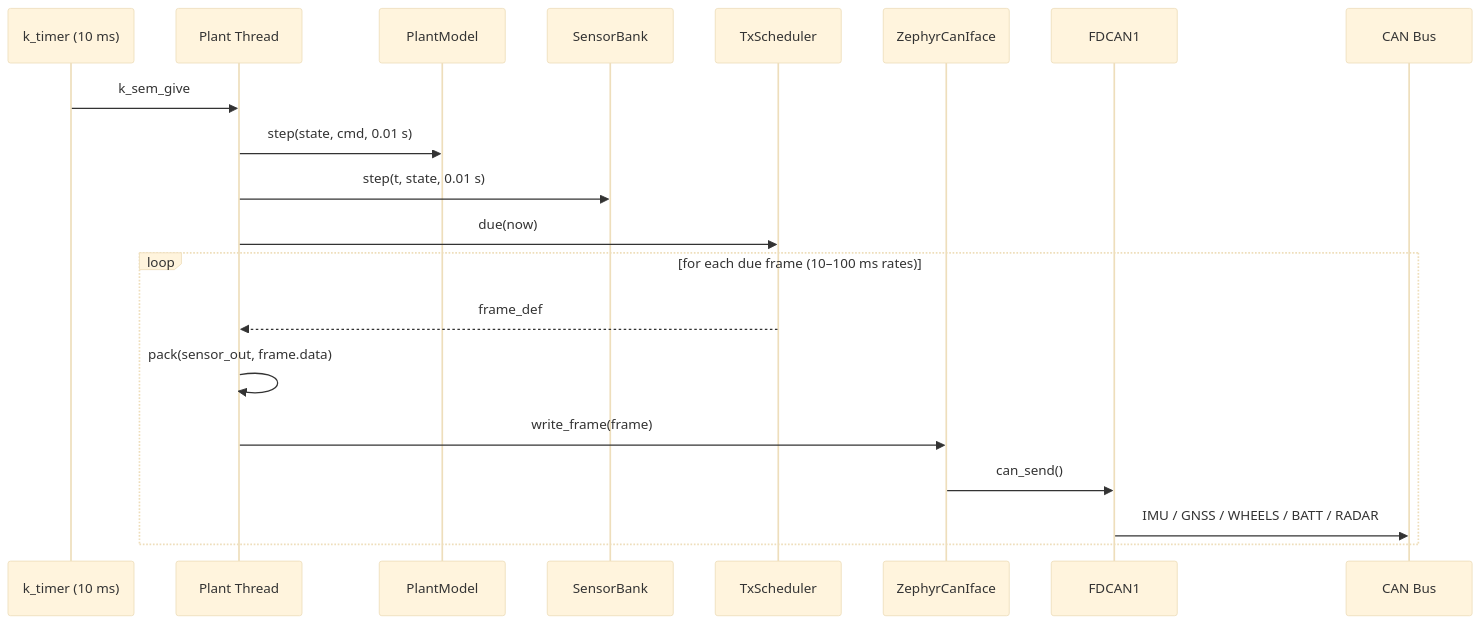
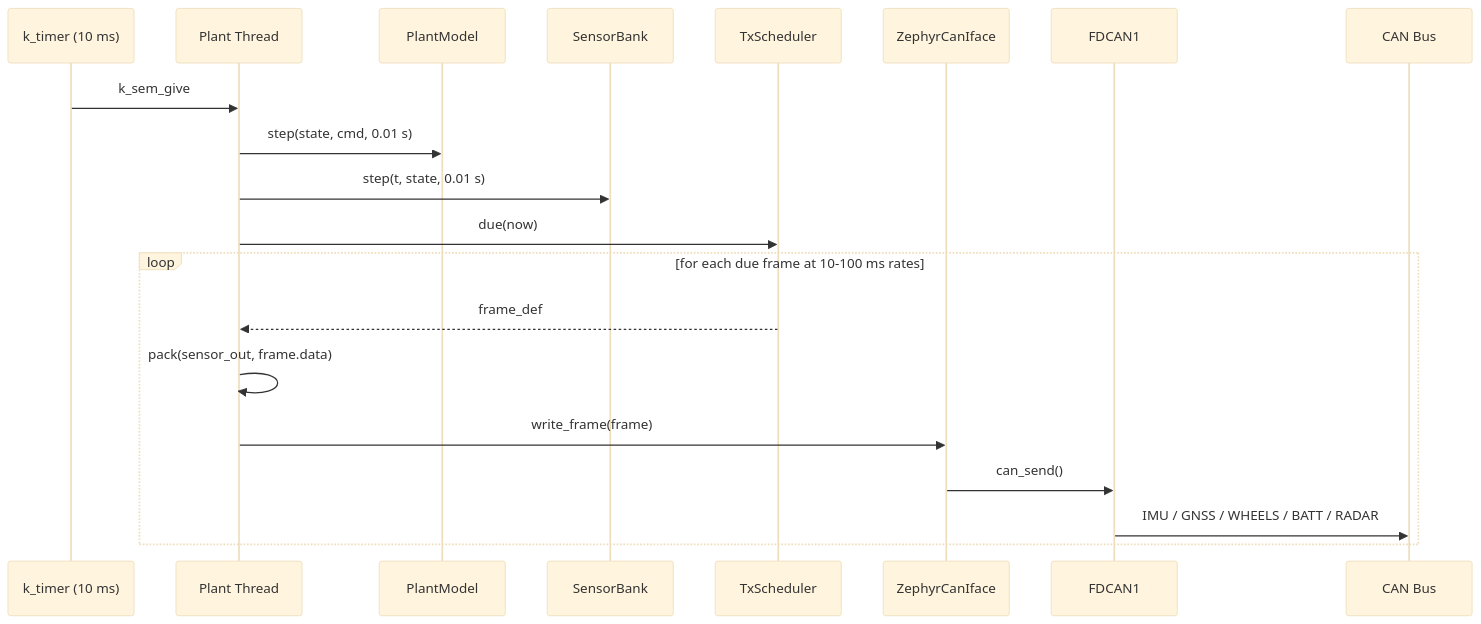
Before and after one commit to mtilocca/vehicle-Dynamics-Sim-Can: the sixth of 8 diagrams in docs/ZEPHYR_PORT.md, drawn with Mermaid (base theme). The commit also changed other lines of this file and 5 other files, not shown here.

````diff
--- a/docs/ZEPHYR_PORT.md
+++ b/docs/ZEPHYR_PORT.md
@@ -455,23 +470,23 @@
 ```mermaid
 sequenceDiagram
     participant TIM as k_timer (10 ms)
     participant PT as Plant Thread
     participant PM as PlantModel
     participant SB as SensorBank
     participant TXS as TxScheduler
     participant ZCI as ZephyrCanIface
     participant F1 as FDCAN1
     participant BUS as CAN Bus
 
     TIM->>PT: k_sem_give
     PT->>PM: step(state, cmd, 0.01 s)
     PT->>SB: step(t, state, 0.01 s)
     PT->>TXS: due(now)
-    loop for each due frame (10–100 ms rates)
+    loop for each due frame at 10-100 ms rates
         TXS-->>PT: frame_def
         PT->>PT: pack(sensor_out, frame.data)
         PT->>ZCI: write_frame(frame)
         ZCI->>F1: can_send()
         F1->>BUS: IMU / GNSS / WHEELS / BATT / RADAR
     end
 ```
````
